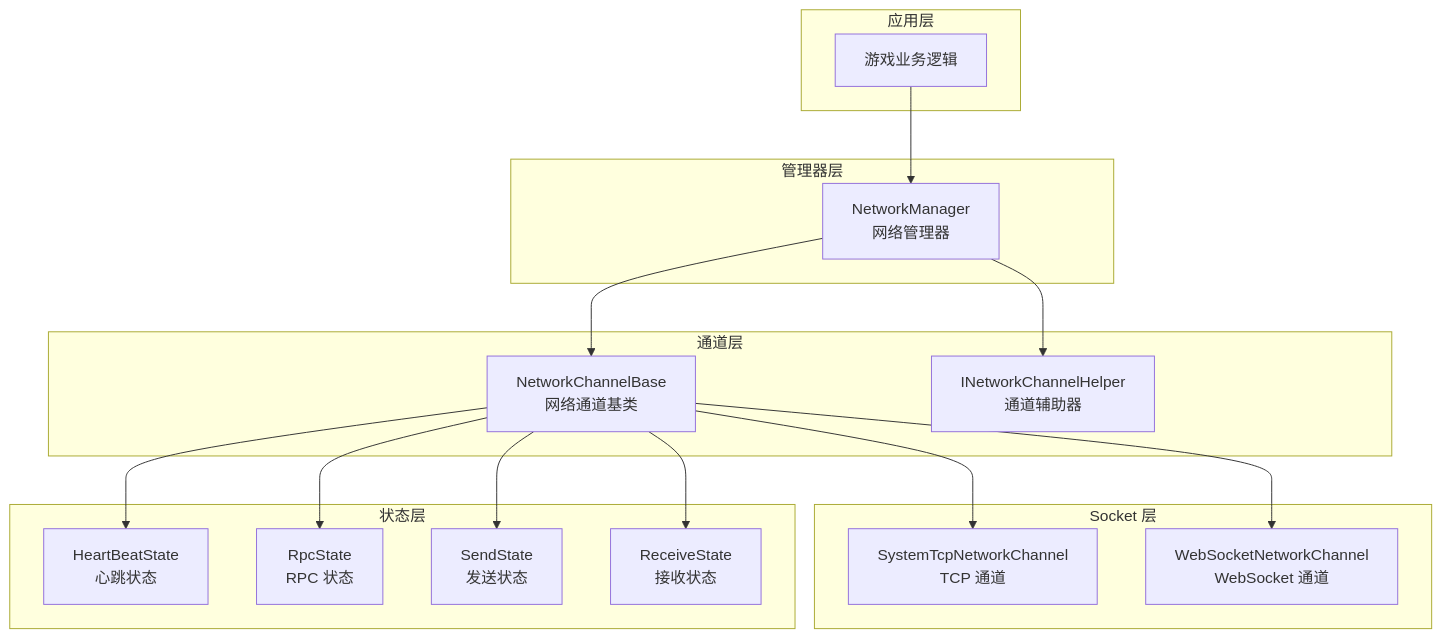
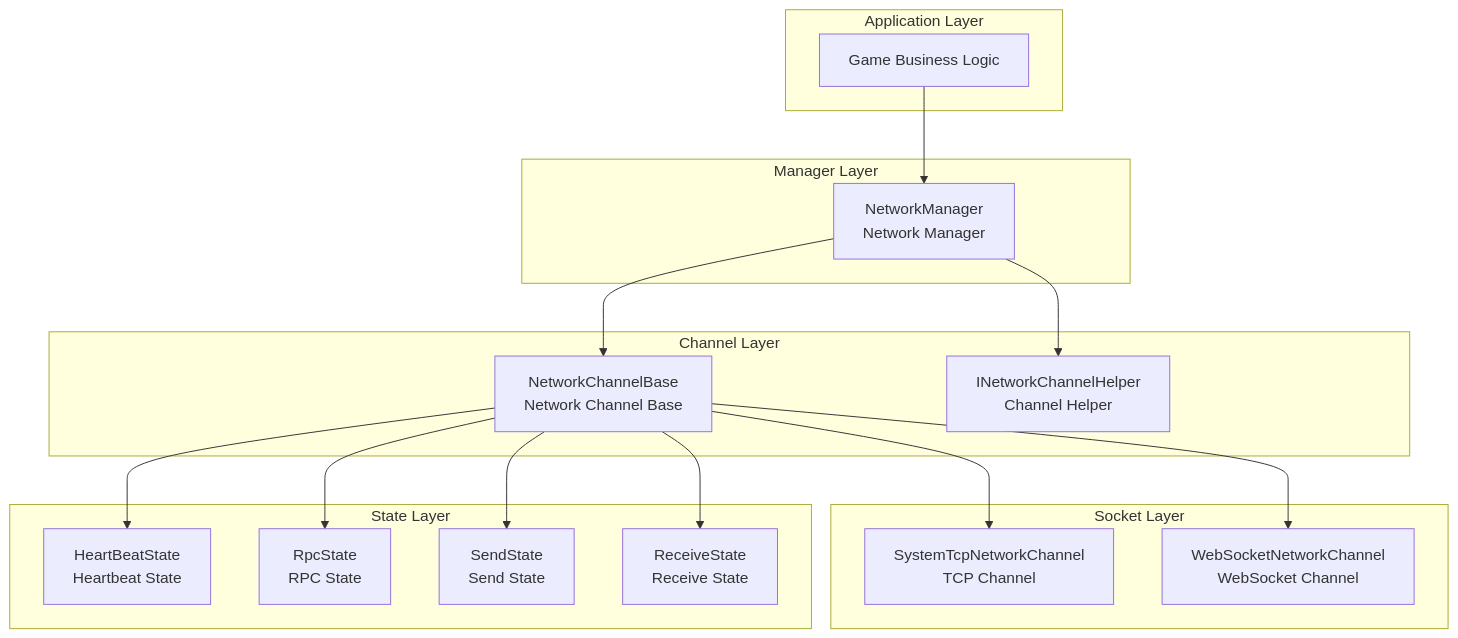
One commit to AlianBlank/GameFrameX.Docs changed the first of 3 diagrams in docs/en/client/unity/component/network/04.network-manager.md. Above: the diagram before and after it, drawn with Mermaid. The commit also changed other lines of this file and 242 other files, not shown here.

````diff
--- a/docs/en/client/unity/component/network/04.network-manager.md
+++ b/docs/en/client/unity/component/network/04.network-manager.md
@@ -32,37 +32,37 @@
 ```mermaid
 flowchart TD
-    subgraph ApplicationLayer["应用层"]
-        GameLogic["游戏业务逻辑"]
+    subgraph ApplicationLayer["Application Layer"]
+        GameLogic["Game Business Logic"]
     end
 
-    subgraph ManagerLayer["管理器层"]
-        NM[NetworkManager<br/>网络管理器]
+    subgraph ManagerLayer["Manager Layer"]
+        NM[NetworkManager<br/>Network Manager]
     end
 
-    subgraph ChannelLayer["通道层"]
-        NCB[NetworkChannelBase<br/>网络通道基类]
-        NCH[INetworkChannelHelper<br/>通道辅助器]
+    subgraph ChannelLayer["Channel Layer"]
+        NCB[NetworkChannelBase<br/>Network Channel Base]
+        NCH[INetworkChannelHelper<br/>Channel Helper]
     end
 
-    subgraph SocketLayer["Socket 层"]
-        TCP[SystemTcpNetworkChannel<br/>TCP 通道]
-        WS[WebSocketNetworkChannel<br/>WebSocket 通道]
+    subgraph SocketLayer["Socket Layer"]
+        TCP[SystemTcpNetworkChannel<br/>TCP Channel]
+        WS[WebSocketNetworkChannel<br/>WebSocket Channel]
     end
 
-    subgraph StateLayer["状态层"]
-        HS[HeartBeatState<br/>心跳状态]
-        RS[RpcState<br/>RPC 状态]
-        SS[SendState<br/>发送状态]
-        RCS[ReceiveState<br/>接收状态]
+    subgraph StateLayer["State Layer"]
+        HS[HeartBeatState<br/>Heartbeat State]
+        RS[RpcState<br/>RPC State]
+        SS[SendState<br/>Send State]
+        RCS[ReceiveState<br/>Receive State]
     end
 
     GameLogic --> NM
     NM --> NCB
     NM --> NCH
     NCB --> TCP
     NCB --> WS
     NCB --> HS
     NCB --> RS
     NCB --> SS
     NCB --> RCS
 ```
````
